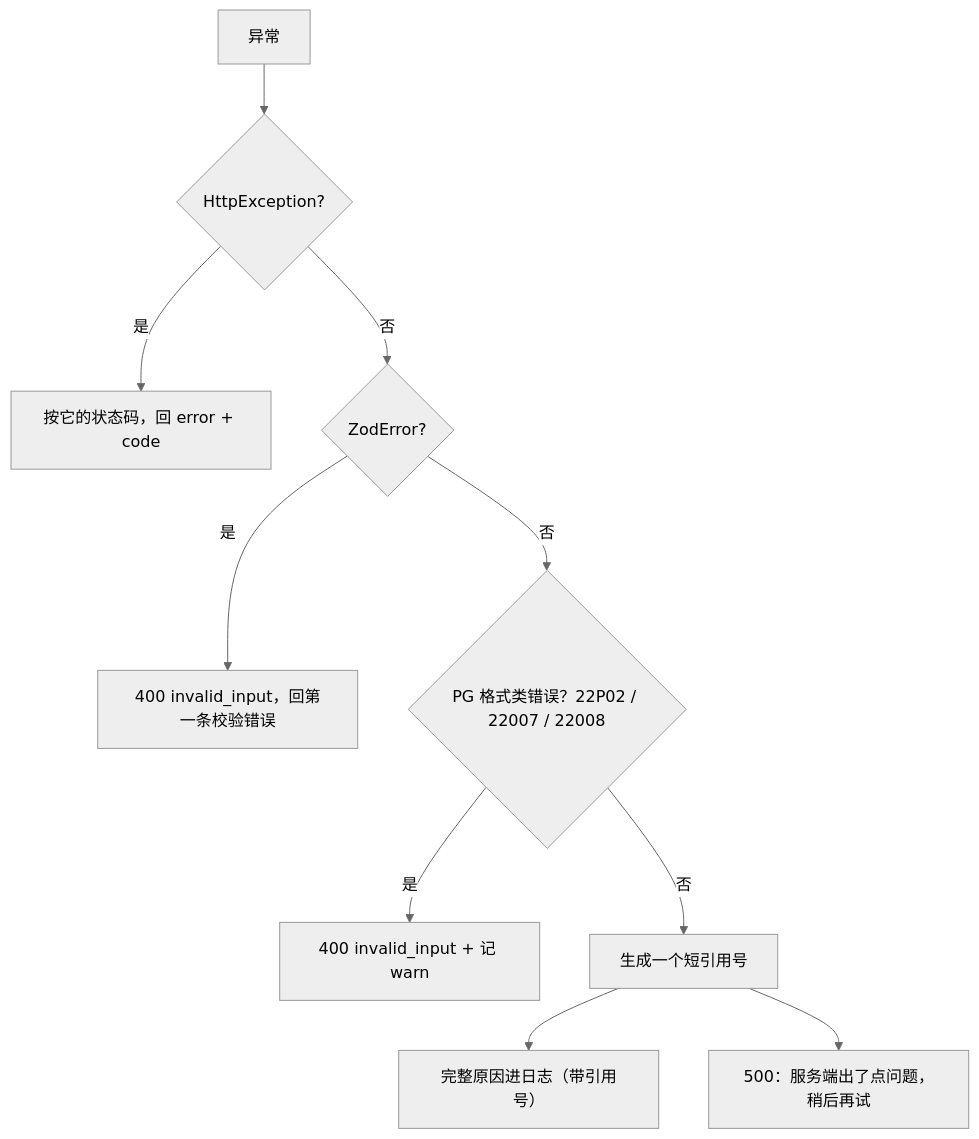
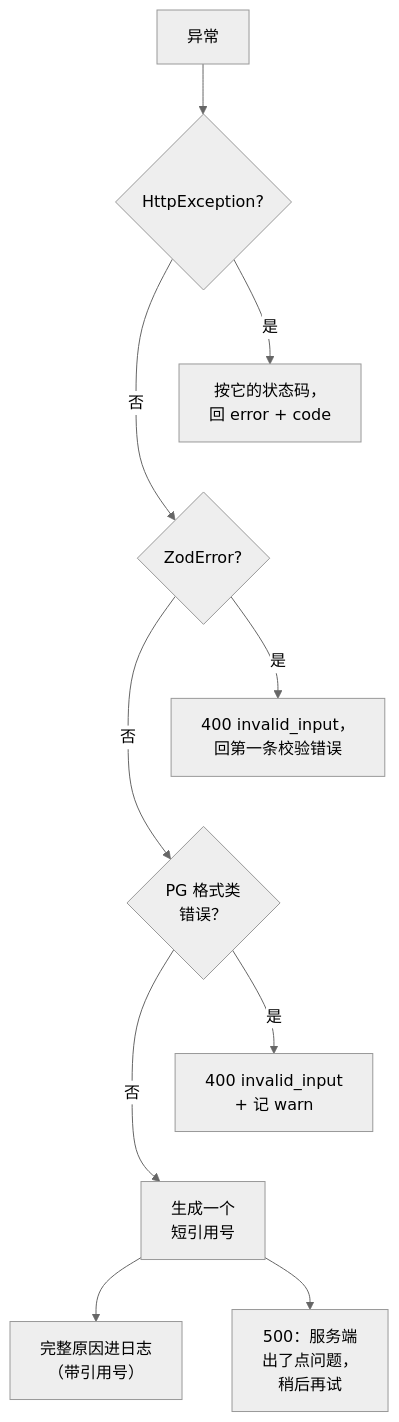
The diagram in books/nestjs-backend/06-errors.md (jarvis-pro/hatch-shelf), drawn with Mermaid (neutral theme) before and after one commit. The commit also changed other lines of this file and 432 other files, not shown here.

````diff
--- a/books/nestjs-backend/06-errors.md
+++ b/books/nestjs-backend/06-errors.md
@@ -90,12 +90,15 @@
 ```mermaid
 flowchart TD
-  E[异常] --> A{HttpException?}
-  A -- 是 --> R1["按它的状态码，回 error + code"]
-  A -- 否 --> B{ZodError?}
-  B -- 是 --> R2["400 invalid_input，回第一条校验错误"]
-  B -- 否 --> C{"PG 格式类错误？22P02 / 22007 / 22008"}
-  C -- 是 --> R3["400 invalid_input + 记 warn"]
-  C -- 否 --> D[生成一个短引用号]
-  D --> L["完整原因进日志（带引用号）"]
-  D --> R4["500：服务端出了点问题，稍后再试"]
+  E[异常] --> A{"HttpException?"}
+  A -- 是 --> R1["按它的状态码，<br/>回 error + code"]
+  A -- 否 --> B{"ZodError?"}
+  B -- 是 --> R2["400 invalid_input，<br/>回第一条校验错误"]
+  B -- 否 --> C{"PG 格式类<br/>错误？"}
+  C -- 是 --> R3["400 invalid_input<br/>+ 记 warn"]
+  C -- 否 --> D["生成一个<br/>短引用号"]
+  D --> L["完整原因进日志<br/>（带引用号）"]
+  D --> R4["500：服务端<br/>出了点问题，<br/>稍后再试"]
+  R1 ~~~ B
+  R2 ~~~ C
+  R3 ~~~ D
 ```
````
